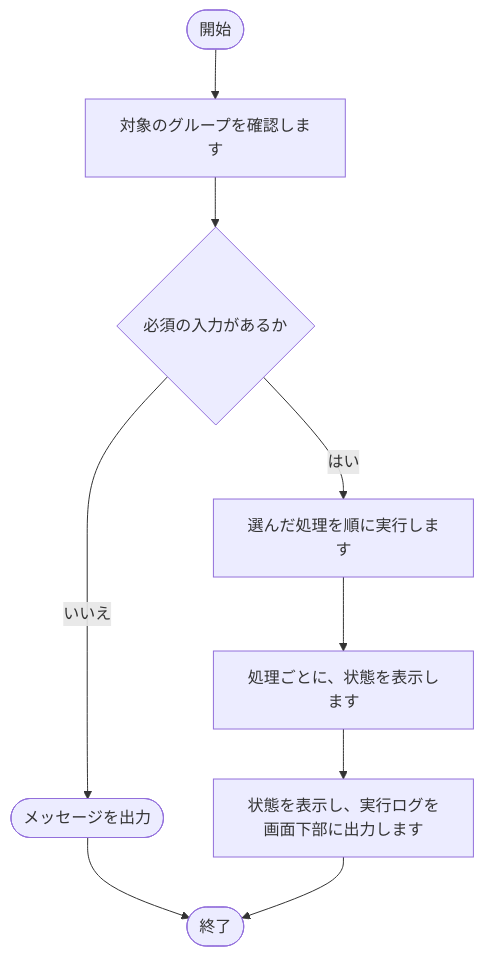
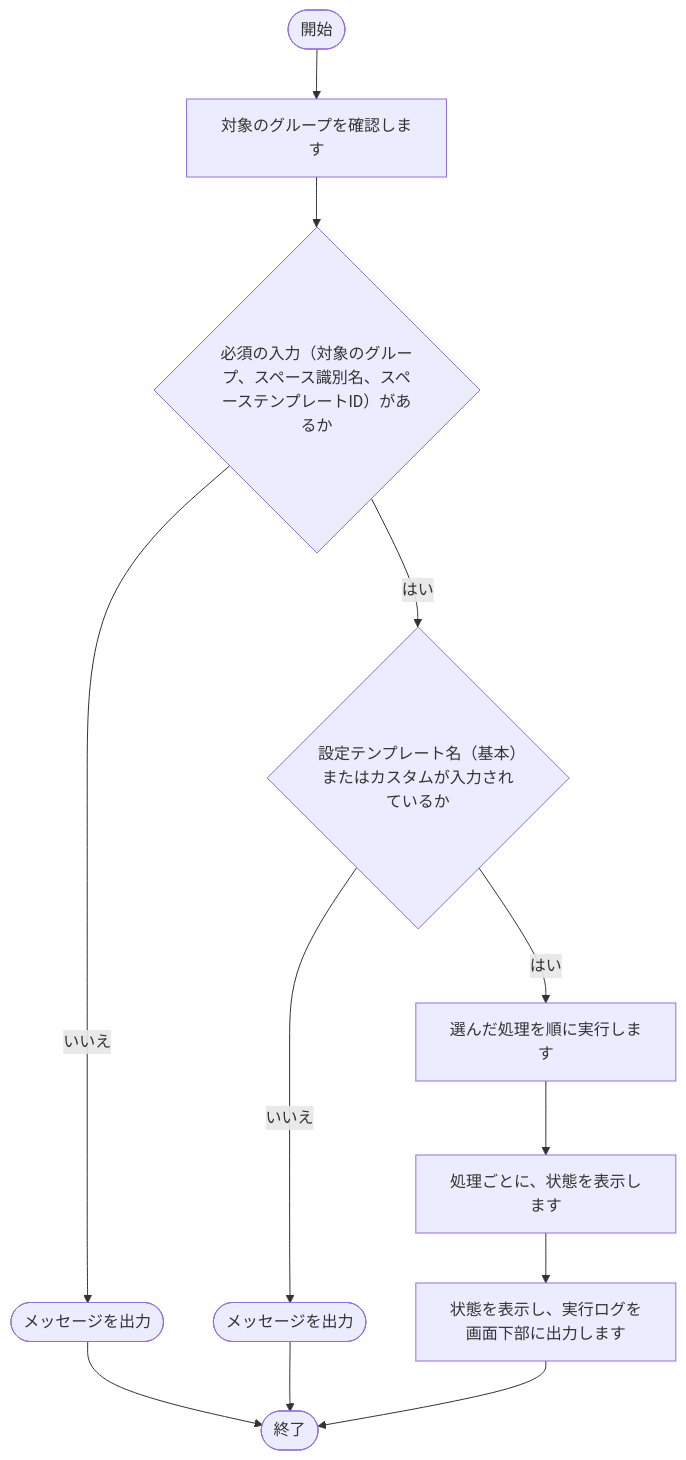
Before and after one commit to nishida2073/project_management: the seventh of 15 diagrams in tool/kintone-resourse-generator/doc/02_設計/処理フロー.md, drawn with Mermaid. The commit also changed other lines of this file and 16 other files, not shown here.

````diff
--- a/tool/kintone-resourse-generator/doc/02_設計/処理フロー.md
+++ b/tool/kintone-resourse-generator/doc/02_設計/処理フロー.md
@@ -199,19 +214,24 @@
 ```mermaid
 flowchart TD
     S(["開始"])
     E(["終了"])
     N1["対象のグループを確認します"]
     S --> N1
-    N2{"必須の入力があるか"}
+    N2{"必須の入力（対象のグループ、スペース識別名、スペーステンプレートID）があるか"}
     X2(["メッセージを出力"])
     X2 --> E
     N2 -- いいえ --> X2
     N1 --> N2
-    N3["選んだ処理を順に実行します"]
+    N3{"設定テンプレート名（基本）またはカスタムが入力されているか"}
+    X3(["メッセージを出力"])
+    X3 --> E
+    N3 -- いいえ --> X3
     N2 -- はい --> N3
-    N4["処理ごとに、状態を表示します"]
-    N3 --> N4
-    N5["状態を表示し、実行ログを画面下部に出力します"]
+    N4["選んだ処理を順に実行します"]
+    N3 -- はい --> N4
+    N5["処理ごとに、状態を表示します"]
     N4 --> N5
-    N5 --> E
+    N6["状態を表示し、実行ログを画面下部に出力します"]
+    N5 --> N6
+    N6 --> E
 ```
````
